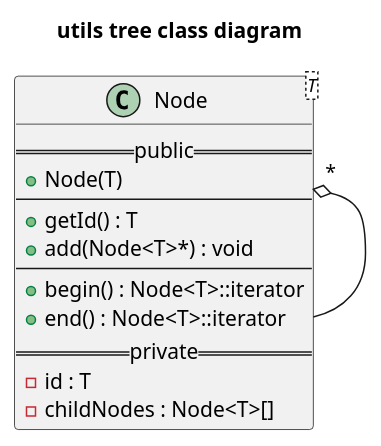
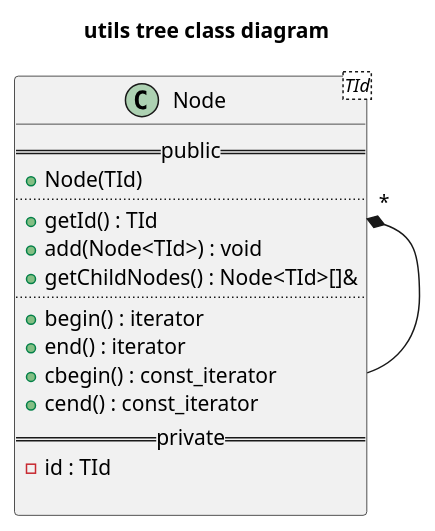
The diagram in libcpplog/utils/tree/doc/class.puml (kfpgk/libcpplog), drawn with PlantUML before and after one commit.

Commit message:
Adjust class diagram for utils::tree to reflect removal of IndirectIterator object

```diff
--- a/libcpplog/utils/tree/doc/class.puml
+++ b/libcpplog/utils/tree/doc/class.puml
@@ -1,21 +1,24 @@
 @startuml utils-tree-class-diagram
 
 title utils tree class diagram
 
-class Node<T> {
+class Node<TId> {
     == public ==
-    + Node(T)
-    --
-    + getId() : T
-    + add(Node<T>*) : void
-    --
-    + begin() : Node<T>::iterator
-    + end() : Node<T>::iterator
+    + Node(TId)
+    ..
+    + getId() : TId
+    + add(Node<TId>) : void
+    + getChildNodes() : Node<TId>[]&
+    ..
+    + begin() : iterator
+    + end() : iterator
+    + cbegin() : const_iterator
+    + cend() : const_iterator
     == private ==
-    - id : T
-    - childNodes : Node<T>[]
+    - id : TId
+
 }
 
-Node "*" o-- Node
+Node "*" *-- Node
 
 @enduml
```
